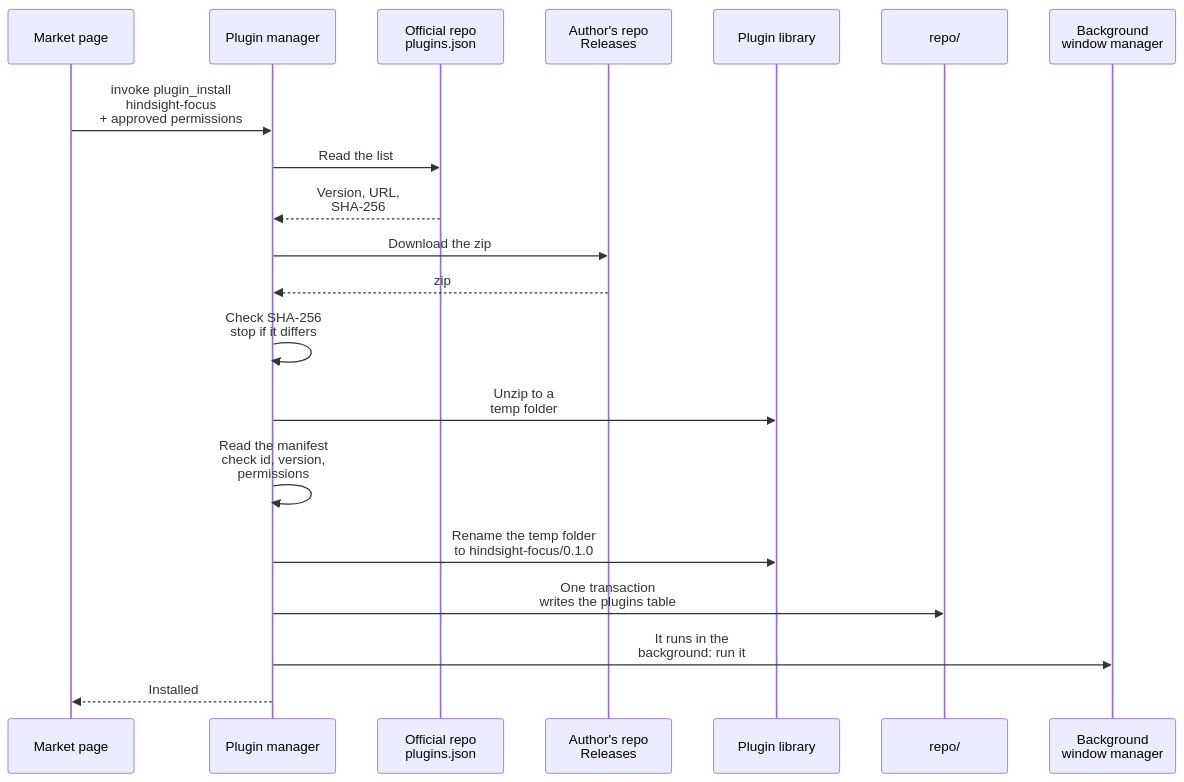
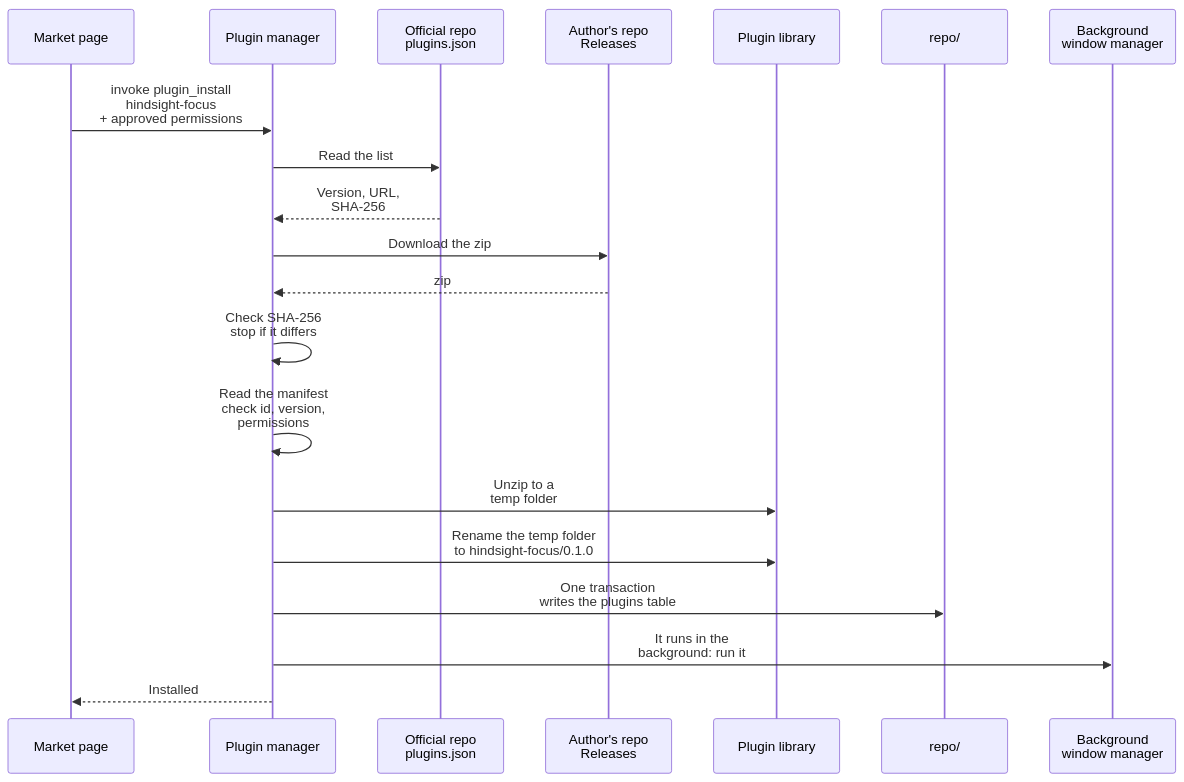
One commit to Tomotsugu-dev/Hindsight changed the first of 3 diagrams in docs/design/plugins/en/install.md. Above: the diagram before and after it, drawn with Mermaid. The commit also changed other lines of this file and 11 other files, not shown here.

````diff
--- a/docs/design/plugins/en/install.md
+++ b/docs/design/plugins/en/install.md
@@ -13,22 +13,22 @@
 ```mermaid
 sequenceDiagram
   participant M as Market page
   participant G as Plugin manager
   participant IDX as Official repo<br/>plugins.json
   participant REL as Author's repo<br/>Releases
   participant D as Plugin library
   participant R as repo/
   participant W as Background<br/>window manager
   M->>G: invoke plugin_install<br/>hindsight-focus<br/>+ approved permissions
   G->>IDX: Read the list
   IDX-->>G: Version, URL,<br/>SHA-256
   G->>REL: Download the zip
   REL-->>G: zip
   G->>G: Check SHA-256<br/>stop if it differs
+  G->>G: Read the manifest<br/>check id, version,<br/>permissions
   G->>D: Unzip to a<br/>temp folder
-  G->>G: Read the manifest<br/>check id, version,<br/>permissions
   G->>D: Rename the temp folder<br/>to hindsight-focus/0.1.0
   G->>R: One transaction<br/>writes the plugins table
   G->>W: It runs in the<br/>background: run it
   G-->>M: Installed
 ```
````
